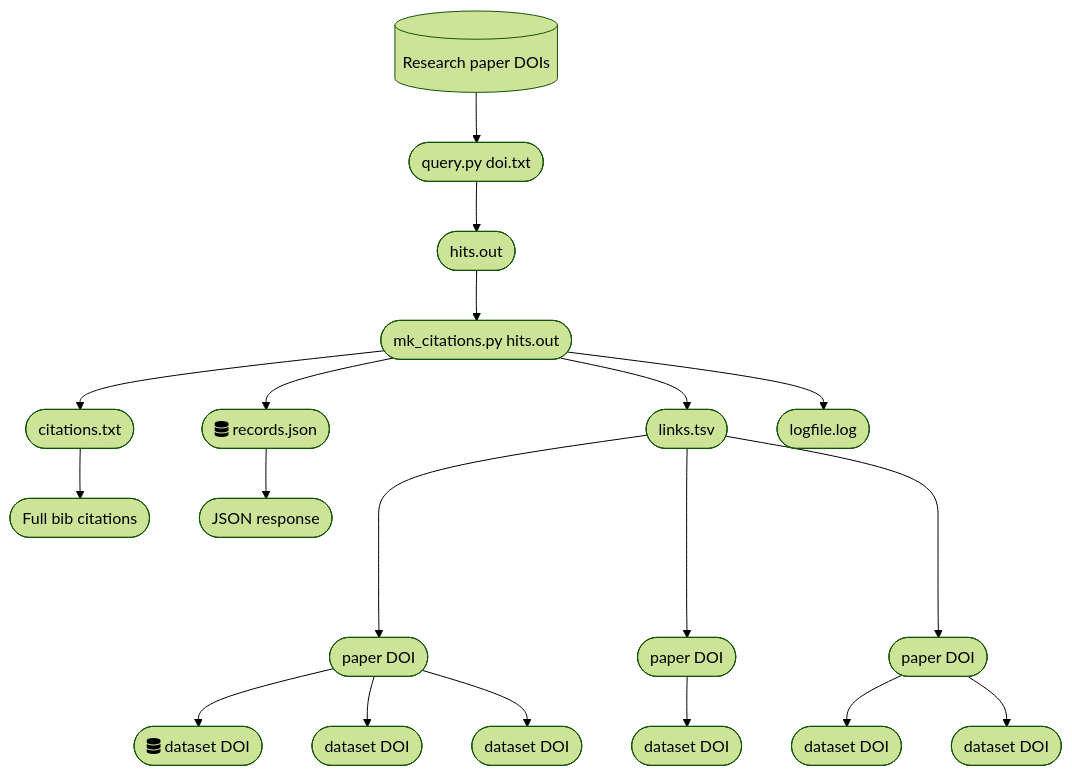
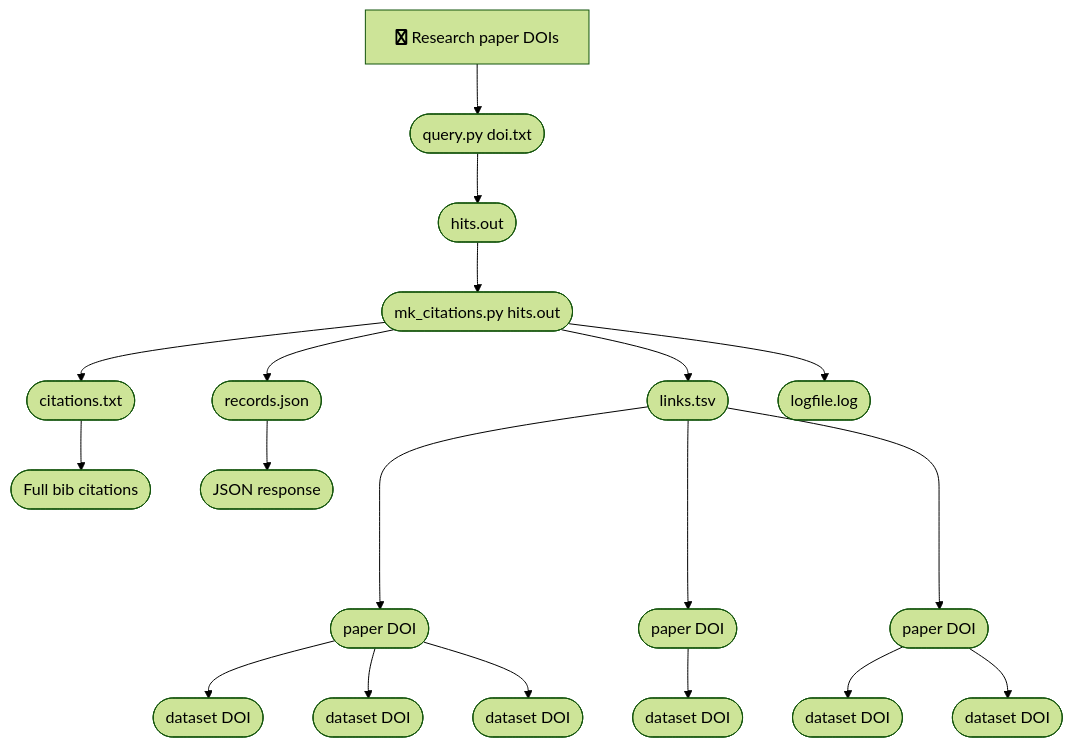
The diagram in README.md (sefnyn/scholix), drawn with Mermaid (forest theme) before and after one commit.

````diff
--- a/README.md
+++ b/README.md
@@ -3,22 +3,22 @@
 ```mermaid
 graph TD;
-    A[(Research paper DOIs)]
+    A[fa:fa-twitter Research paper DOIs]
     A --> B([query.py doi.txt]);
     B --> C([hits.out]);
     C --> D([mk_citations.py hits.out]);
     D --> E([links.tsv]);
     D --> F([citations.txt]);
-    D --> G([fa:fa-database records.json]);
+    D --> G([records.json]);
     D --> H([logfile.log]);
     E ----> P2([paper DOI]);
     E ----> P1([paper DOI]);
     E ----> P3([paper DOI]);
-    P2 --> D2A([fa:fa-database dataset DOI]);
+    P2 --> D2A([dataset DOI]);
     P2 --> D2B([dataset DOI]);
     P2 --> D2C([dataset DOI]);
     P1 --> D1([dataset DOI]);
     P3 --> D3A([dataset DOI]);
     P3 --> D3B([dataset DOI]);
     F --> K([Full bib citations]);
     G --> L([JSON response]);
 ```
````
